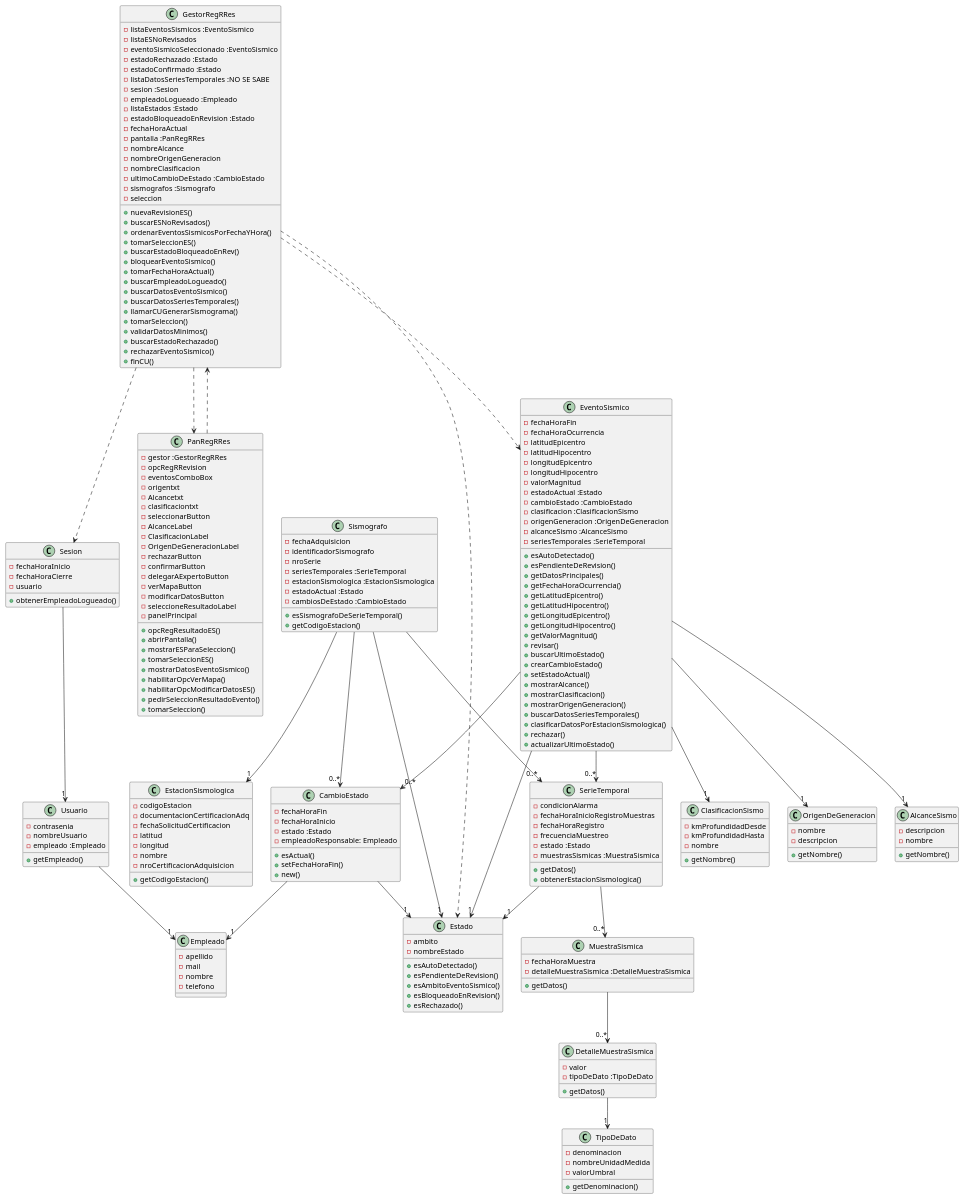
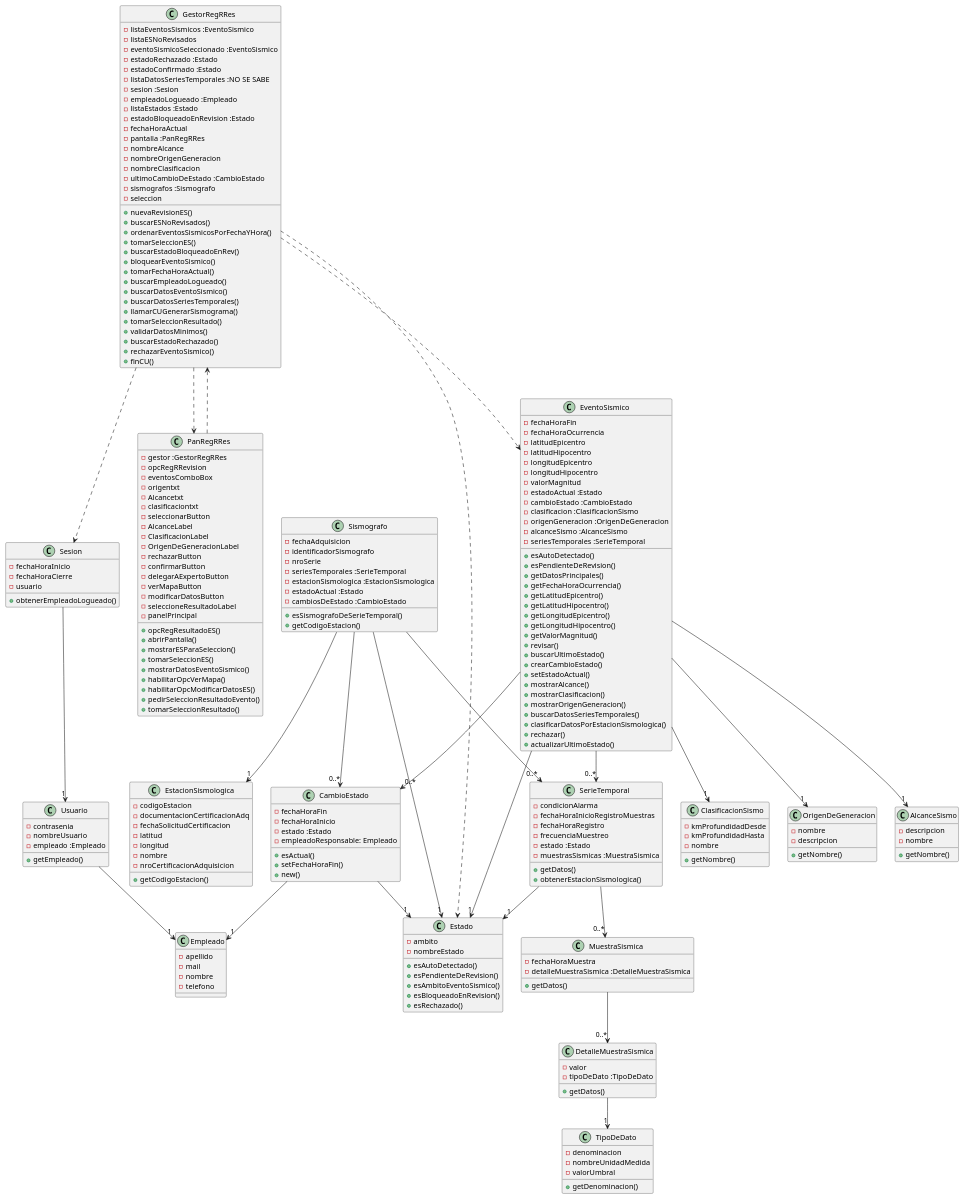
One commit to santiwg/TPI-DS2025-G1 changed the diagram in diagrama-vista-estatica.wsd. Above: the diagram before and after it, drawn with PlantUML. The commit also changed 5 other files, not shown here.

Commit message:
Cambio tomarRechazo y tomarConfirmacion por tomarResultado

```diff
--- a/diagrama-vista-estatica.wsd
+++ b/diagrama-vista-estatica.wsd
@@ -31,7 +31,7 @@
     +buscarDatosEventoSismico()
     +buscarDatosSeriesTemporales()
     +llamarCUGenerarSismograma()
-    +tomarSeleccion()
+    +tomarSeleccionResultado()
     +validarDatosMinimos()
     +buscarEstadoRechazado()
     +rechazarEventoSismico()
@@ -65,7 +65,7 @@
     +habilitarOpcVerMapa()
     +habilitarOpcModificarDatosES()
     +pedirSeleccionResultadoEvento()
-    +tomarSeleccion()
+    +tomarSeleccionResultado()
 }
 
 class AlcanceSismo{
```
